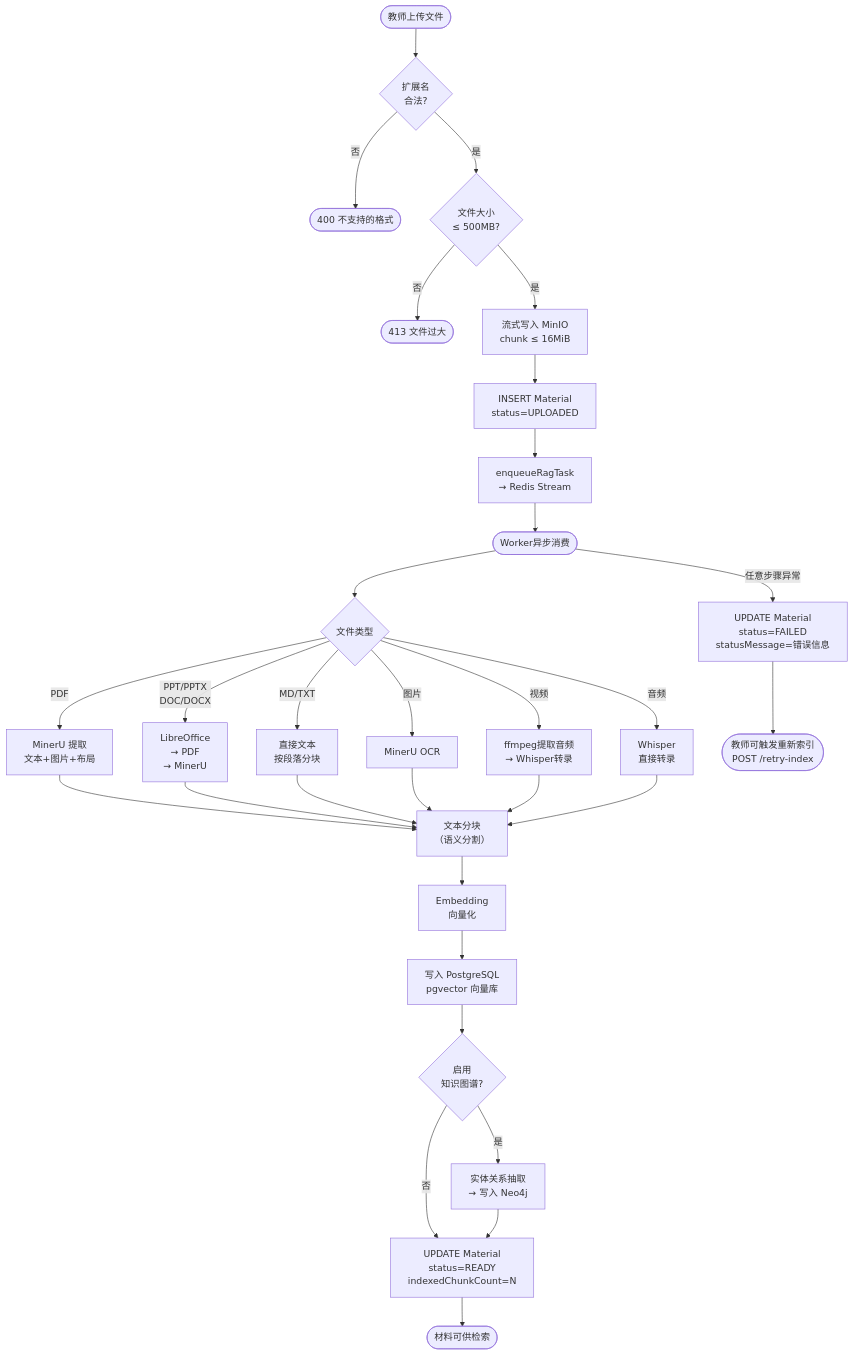
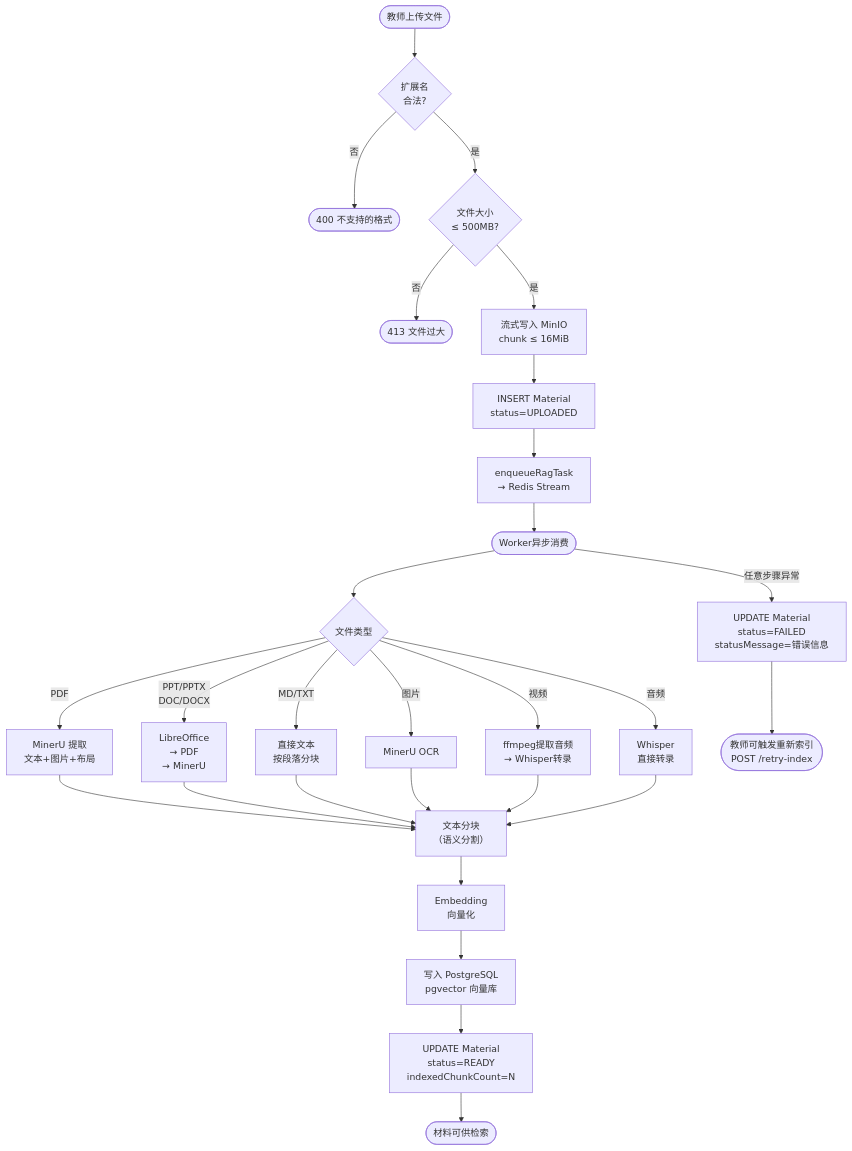
Diagram 12 of 24 in thesis.md (mocha196/eduAgent), drawn with Mermaid before and after one commit. The commit also changed other lines of this file and 118 other files, not shown here.

Commit message:
refactor: replace GraphRAG and add CI/CD pipeline

````diff
--- a/thesis.md
+++ b/thesis.md
@@ -580,32 +577,29 @@
 ```mermaid
 flowchart TD
     UP([教师上传文件]) --> V1{扩展名\n合法?}
     V1 -- 否 --> ERR1([400 不支持的格式])
     V1 -- 是 --> V2{文件大小\n≤ 500MB?}
     V2 -- 否 --> ERR2([413 文件过大])
     V2 -- 是 --> S1[流式写入 MinIO\nchunk ≤ 16MiB]
 
     S1 --> DB1[INSERT Material\nstatus=UPLOADED]
     DB1 --> Q1[enqueueRagTask\n→ Redis Stream]
     Q1 --> W([Worker异步消费])
 
     W --> FT{文件类型}
     FT -- PDF --> WP1[MinerU 提取\n文本+图片+布局]
     FT -- PPT/PPTX\nDOC/DOCX --> WP2[LibreOffice\n→ PDF\n→ MinerU]
     FT -- MD/TXT --> WP3[直接文本\n按段落分块]
     FT -- 图片 --> WP4[MinerU OCR]
     FT -- 视频 --> WP5[ffmpeg提取音频\n→ Whisper转录]
     FT -- 音频 --> WP6[Whisper\n直接转录]
 
     WP1 & WP2 & WP3 & WP4 & WP5 & WP6 --> CHK[文本分块\n（语义分割）]
     CHK --> EMB[Embedding\n向量化]
     EMB --> VDB[写入 PostgreSQL\npgvector 向量库]
-    VDB --> KG{启用\n知识图谱?}
-    KG -- 是 --> NEO[实体关系抽取\n→ 写入 Neo4j]
-    KG -- 否 --> FIN
-    NEO --> FIN[UPDATE Material\nstatus=READY\nindexedChunkCount=N]
+    VDB --> FIN[UPDATE Material\nstatus=READY\nindexedChunkCount=N]
     FIN --> DONE([材料可供检索])
 
     W -- 任意步骤异常 --> FAIL[UPDATE Material\nstatus=FAILED\nstatusMessage=错误信息]
     FAIL --> RETRY([教师可触发重新索引\nPOST /retry-index])
 ```
````
